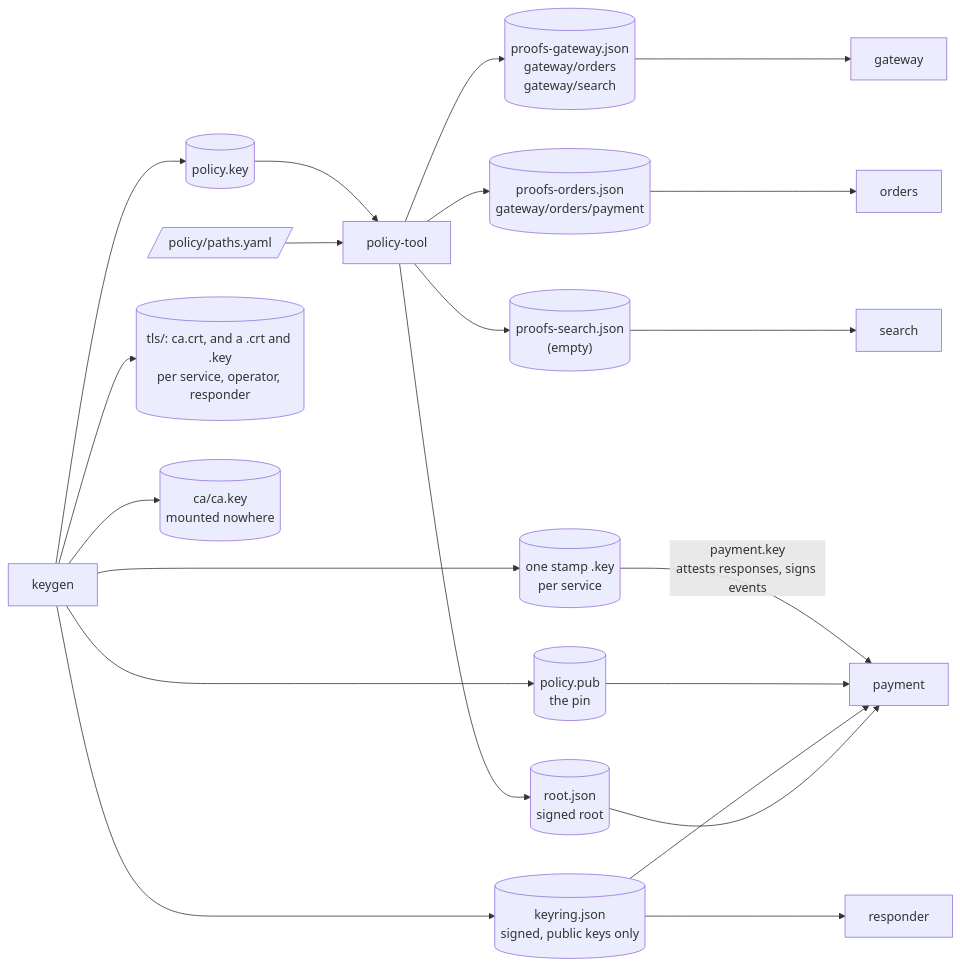
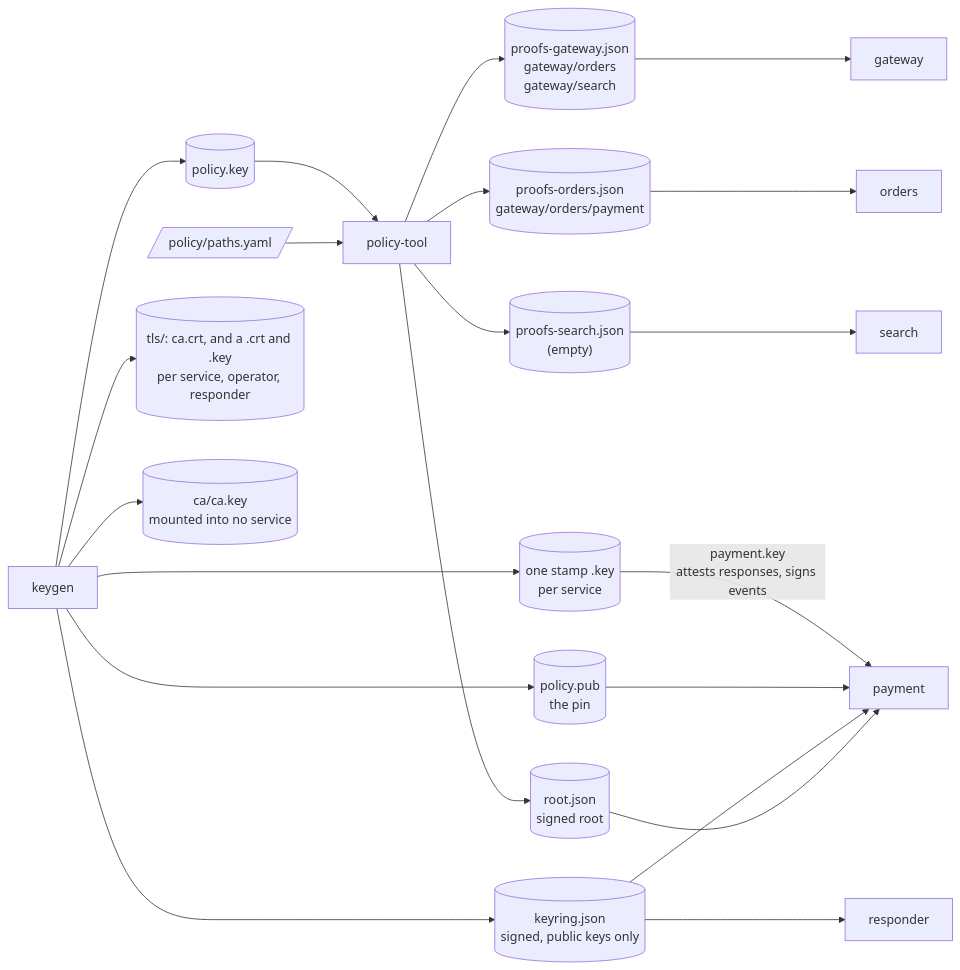
The third of 6 diagrams in poc-demos/java-mesh/README.md (dumbsly/paztport), drawn with Mermaid before and after one commit. The commit also changed other lines of this file and 7 other files, not shown here.

````diff
--- a/poc-demos/java-mesh/README.md
+++ b/poc-demos/java-mesh/README.md
@@ -107,25 +109,25 @@
 ```mermaid
 flowchart LR
     paths[/"policy/paths.yaml"/] --> pt["policy-tool"]
     kg["keygen"] --> polkey[("policy.key")]
     polkey --> pt
     kg --> keyring[("keyring.json<br/>signed, public keys only")]
     kg --> pin[("policy.pub<br/>the pin")]
     kg --> privkeys[("one stamp .key<br/>per service")]
     kg --> tls[("tls/: ca.crt, and a .crt and .key<br/>per service, operator, responder")]
-    kg --> cakey[("ca/ca.key<br/>mounted nowhere")]
+    kg --> cakey[("ca/ca.key<br/>mounted into no service")]
 
     pt --> root[("root.json<br/>signed root")]
     pt --> bg[("proofs-gateway.json<br/>gateway/orders<br/>gateway/search")]
     pt --> bo[("proofs-orders.json<br/>gateway/orders/payment")]
     pt --> bs[("proofs-search.json<br/>(empty)")]
 
     root --> payment["payment"]
     keyring --> payment
     pin --> payment
     privkeys -->|"payment.key<br/>attests responses, signs events"| payment
     keyring --> responder["responder"]
     bg --> gateway["gateway"]
     bo --> orders["orders"]
     bs --> search["search"]
 ```
````
